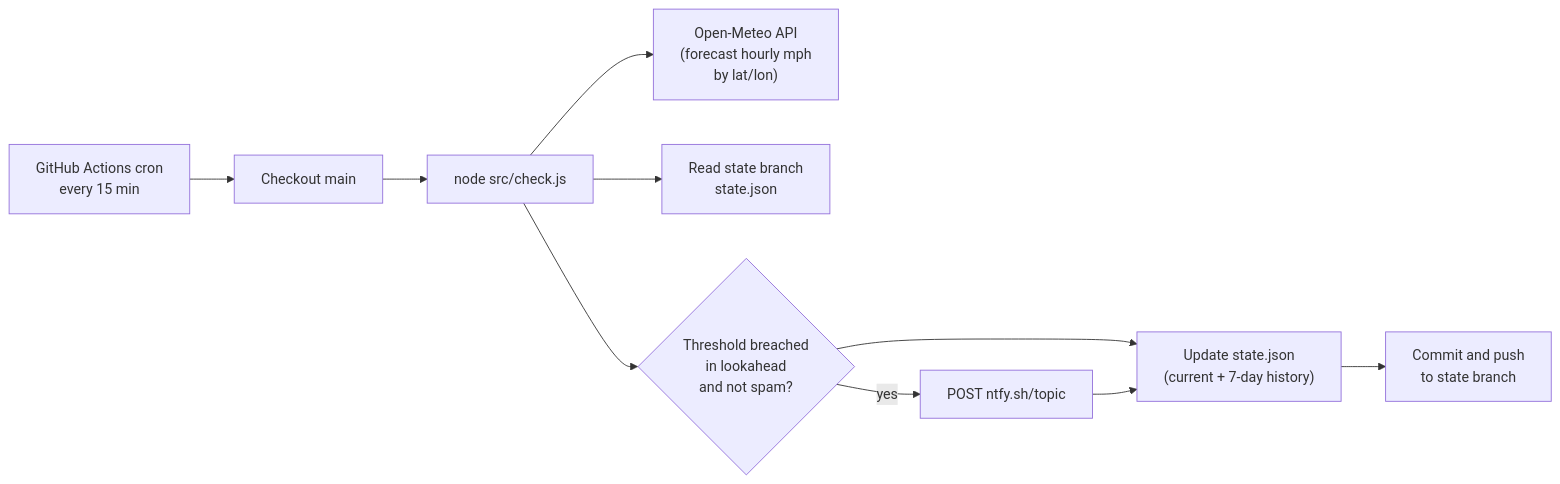
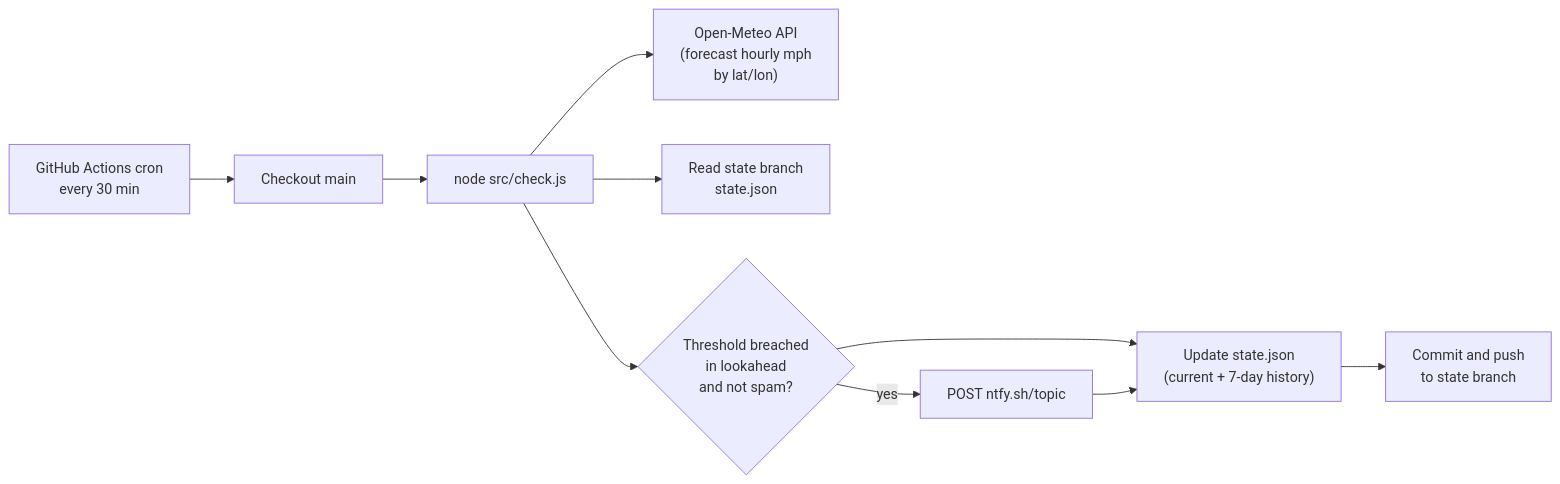
One commit to GeorgeCadwallader/GreenhouseAlert changed the diagram in README.md. Above: the diagram before and after it, drawn with Mermaid. The commit also changed other lines of this file and 1 other file, not shown here.

Commit message:
chore: change cron from 15 to 30 minutes

````diff
--- a/README.md
+++ b/README.md
@@ -24,12 +24,12 @@
 ```mermaid
 flowchart LR
-    Cron["GitHub Actions cron<br/>every 15 min"] --> Checkout[Checkout main]
+    Cron["GitHub Actions cron<br/>every 30 min"] --> Checkout[Checkout main]
     Checkout --> Script[node src/check.js]
     Script --> OpenMeteo["Open-Meteo API<br/>(forecast hourly mph<br/>by lat/lon)"]
     Script --> StateRead["Read state branch<br/>state.json"]
     Script --> Decide{Threshold breached<br/>in lookahead<br/>and not spam?}
     Decide -- yes --> Ntfy["POST ntfy.sh/topic"]
     Decide --> StateWrite["Update state.json<br/>(current + 7-day history)"]
     Ntfy --> StateWrite
     StateWrite --> Commit["Commit and push<br/>to state branch"]
 ```
````
